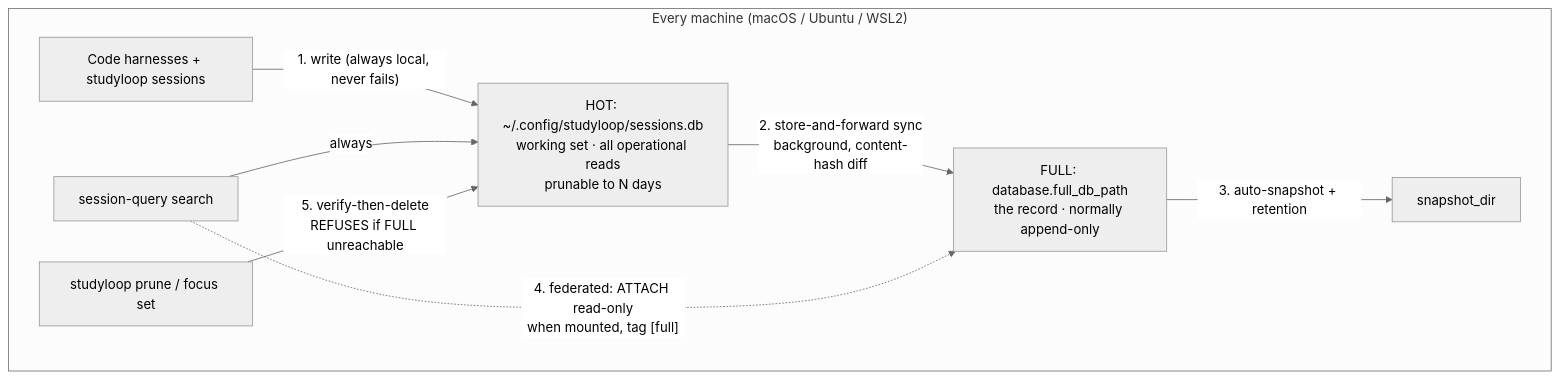
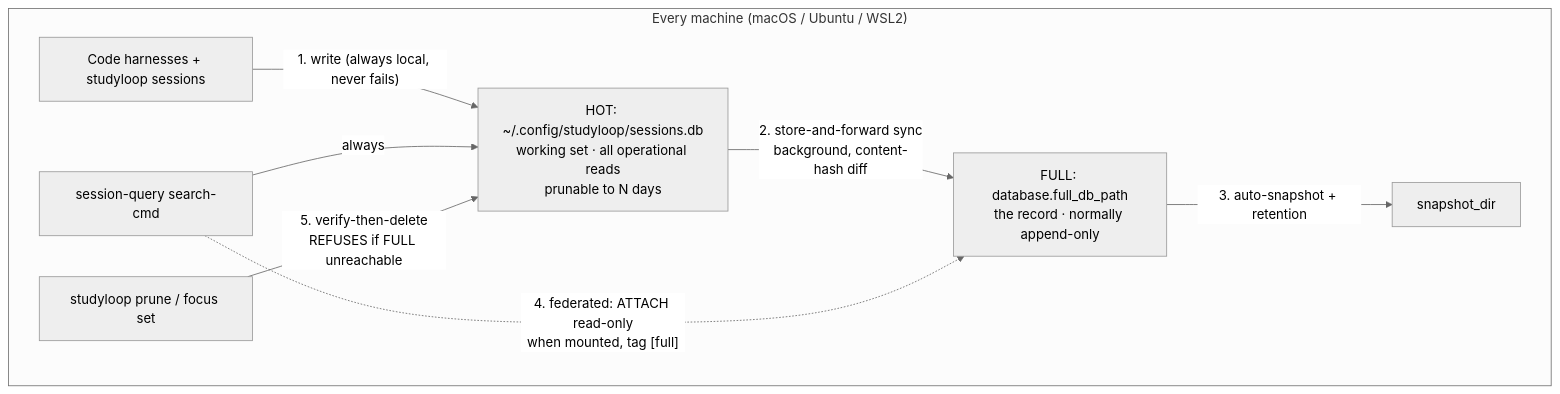
One commit to NetDevAutomate/StudyLoop changed the diagram in docs/session-db-tiering.md. Above: the diagram before and after it, drawn with Mermaid (neutral theme). The commit also changed other lines of this file and 16 other files, not shown here.

````diff
--- a/docs/session-db-tiering.md
+++ b/docs/session-db-tiering.md
@@ -8,11 +8,11 @@
 ```mermaid
 graph TB
     subgraph "Every machine (macOS / Ubuntu / WSL2)"
         HARNESS[Code harnesses + studyloop sessions] -->|"1. write (always local, never fails)"| HOT["HOT: ~/.config/studyloop/sessions.db<br/>working set · all operational reads<br/>prunable to N days"]
         HOT -->|"2. store-and-forward sync<br/>background, content-hash diff"| FULL["FULL: database.full_db_path<br/>the record · normally append-only"]
         FULL -->|"3. auto-snapshot + retention"| SNAP["snapshot_dir"]
-        SEARCH["session-query search"] -->|always| HOT
+        SEARCH["session-query search-cmd"] -->|always| HOT
         SEARCH -.->|"4. federated: ATTACH read-only<br/>when mounted, tag [full]"| FULL
         PRUNE["studyloop prune / focus set"] -->|"5. verify-then-delete<br/>REFUSES if FULL unreachable"| HOT
     end
 ```
````
